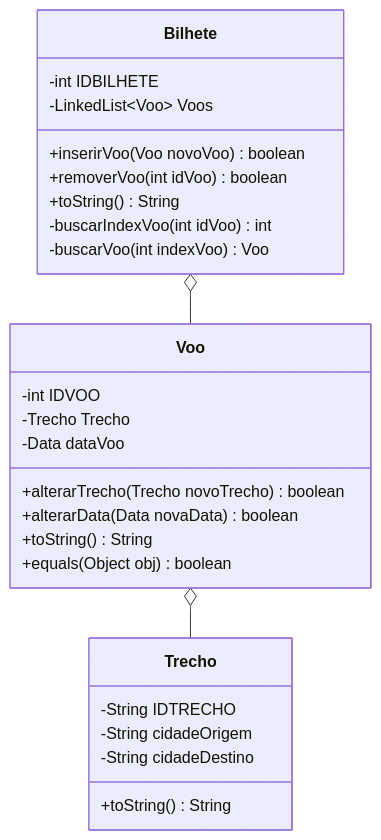
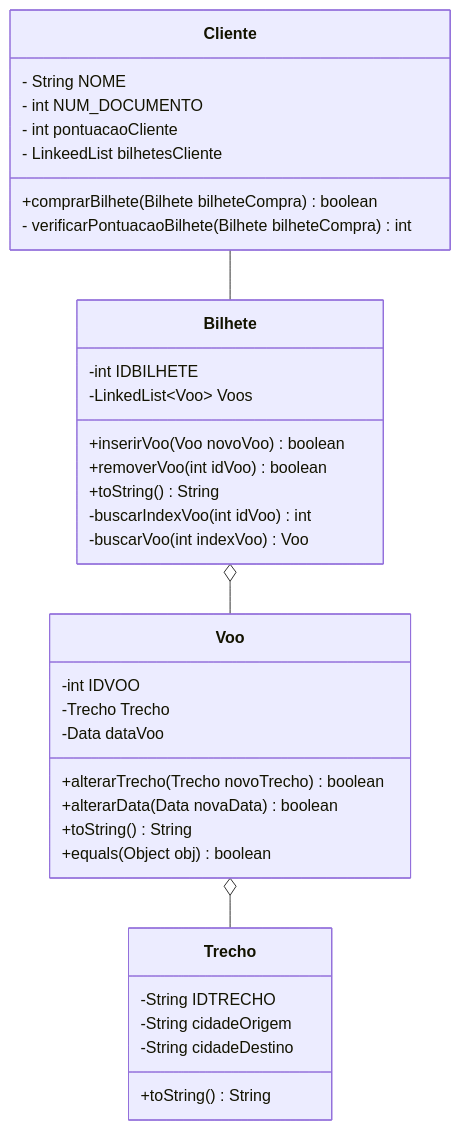
The diagram in README.md (DisciplinasProgramacao/tp_em_grupo-grupododiogo), drawn with Mermaid before and after one commit.

Commit message:
Atualização readme.md do projeto
Diagrama mermaid atualizado para a versão 0.3 equivalente a imagem contida na pasta doc/diagramas deste repositório

````diff
--- a/README.md
+++ b/README.md
@@ -78,33 +78,42 @@
 ```mermaid
 classDiagram
 class Bilhete {
  -int IDBILHETE
  -LinkedList~Voo~ Voos
  +inserirVoo(Voo novoVoo) boolean
  +removerVoo(int idVoo) boolean
  +toString() String
  -buscarIndexVoo(int idVoo) int
  -buscarVoo(int indexVoo) Voo
 }
 
 class Voo {
  -int IDVOO
  -Trecho Trecho
  -Data dataVoo
  +alterarTrecho(Trecho novoTrecho) boolean
  +alterarData(Data novaData) boolean
  +toString() String
  +equals(Object obj) boolean
 }
 
 class Trecho {
  -String IDTRECHO
  -String cidadeOrigem
  -String cidadeDestino
  +toString() String
 }
 
+class Cliente {
+- String NOME
+- int NUM_DOCUMENTO
+- int pontuacaoCliente
+- LinkeedList<Bilhete> bilhetesCliente
++comprarBilhete(Bilhete bilheteCompra) boolean
+- verificarPontuacaoBilhete(Bilhete bilheteCompra) int
+}
+Cliente -- Bilhete
 Bilhete o-- Voo
 Voo o-- Trecho
 end
 ```
````
